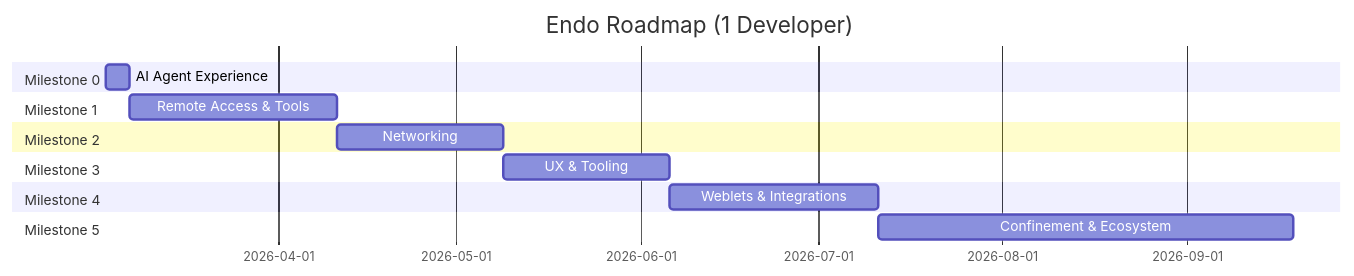
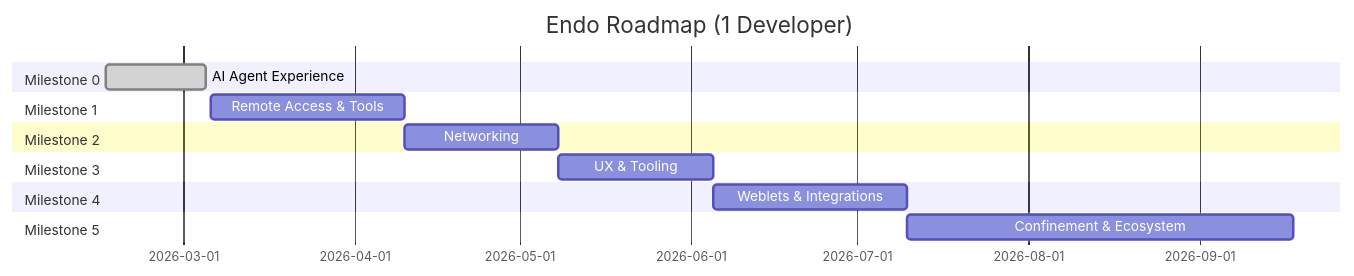
The second of 2 diagrams in designs/README.md (jbotson/endo-but-for-bots), drawn with Mermaid before and after one commit. The commit also changed other lines of this file, not shown here.

````diff
--- a/designs/README.md
+++ b/designs/README.md
@@ -418,23 +419,23 @@
 ```mermaid
 gantt
     title Endo Roadmap (1 Developer)
     dateFormat YYYY-MM-DD
 
     section Milestone 0
-    AI Agent Experience           :m0, 2026-03-03, 4d
+    AI Agent Experience           :done, m0, 2026-02-15, 2026-03-05
 
     section Milestone 1
-    Remote Access & Tools         :m1, after m0, 5w
+    Remote Access & Tools         :m1, 2026-03-06, 5w
 
     section Milestone 2
     Networking                    :m2, after m1, 4w
 
     section Milestone 3
     UX & Tooling                  :m3, after m2, 4w
 
     section Milestone 4
     Weblets & Integrations        :m4, after m3, 5w
 
     section Milestone 5
     Confinement & Ecosystem       :m5, after m4, 10w
 ```
````
